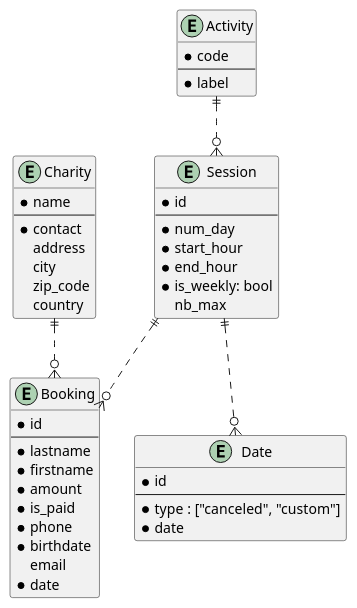
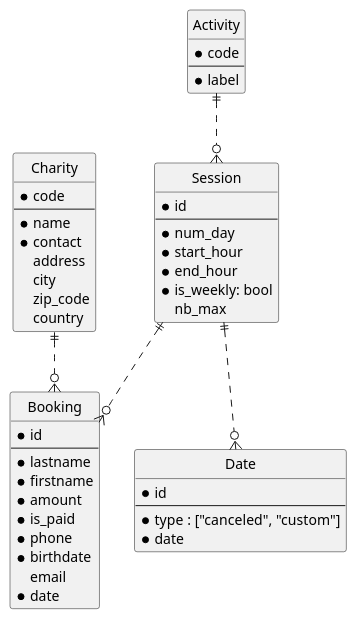
Before and after one commit to vsantele/IG2-java-projet: the diagram in schema/database.puml, drawn with PlantUML. The commit also changed 1 other file, not shown here.

Commit message:
Update Diagram

```diff
--- a/schema/database.puml
+++ b/schema/database.puml
@@ -1,52 +1,54 @@
 @startuml database
+hide circle
   entity Activity {
     * code
     --
     * label
   }
 
   entity Session {
     * id
     --
     * num_day
     * start_hour
     * end_hour
     * is_weekly: bool
     nb_max
   }
 
   entity Booking {
     * id
     --
     * lastname
     * firstname
     * amount
     * is_paid
     * phone
     * birthdate
     email
     * date
   }
 
   entity Date {
     * id
     --
     * type : ["canceled", "custom"]
     * date
   }
 
   entity Charity {
+    * code
+    --
     * name
-    --
     * contact
     address
     city
     zip_code
     country
   }
 
   Activity ||..o{ Session
   Session ||..o{ Booking
   Session ||..o{ Date
   Charity ||..o{ Booking
 @enduml
```
